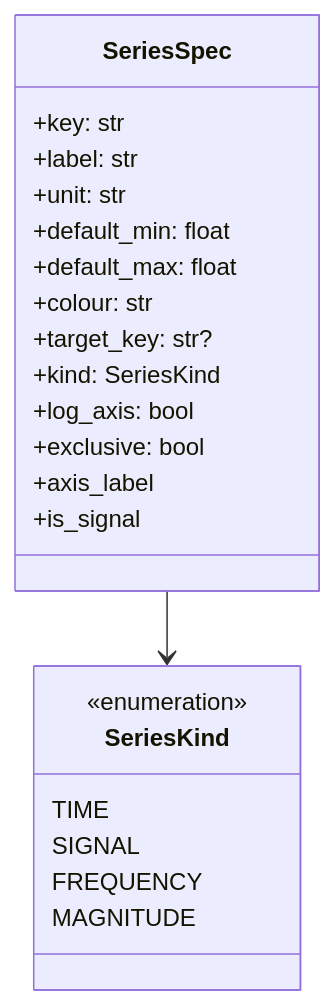
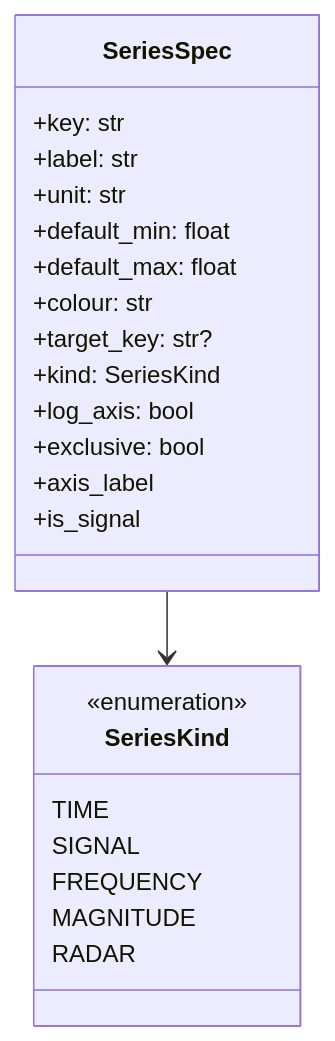
Before and after one commit to fabstr/voicevis: the first of 3 diagrams in src/SeriesRegistry.md, drawn with Mermaid. The commit also changed other lines of this file and 19 other files, not shown here.

Commit message:
Add radar chart

````diff
--- a/src/SeriesRegistry.md
+++ b/src/SeriesRegistry.md
@@ -20,25 +20,26 @@
 ```mermaid
 classDiagram
     class SeriesSpec {
         +key: str
         +label: str
         +unit: str
         +default_min: float
         +default_max: float
         +colour: str
         +target_key: str?
         +kind: SeriesKind
         +log_axis: bool
         +exclusive: bool
         +axis_label
         +is_signal
     }
     class SeriesKind {
         <<enumeration>>
         TIME
         SIGNAL
         FREQUENCY
         MAGNITUDE
+        RADAR
     }
     SeriesSpec --> SeriesKind
 ```
````
